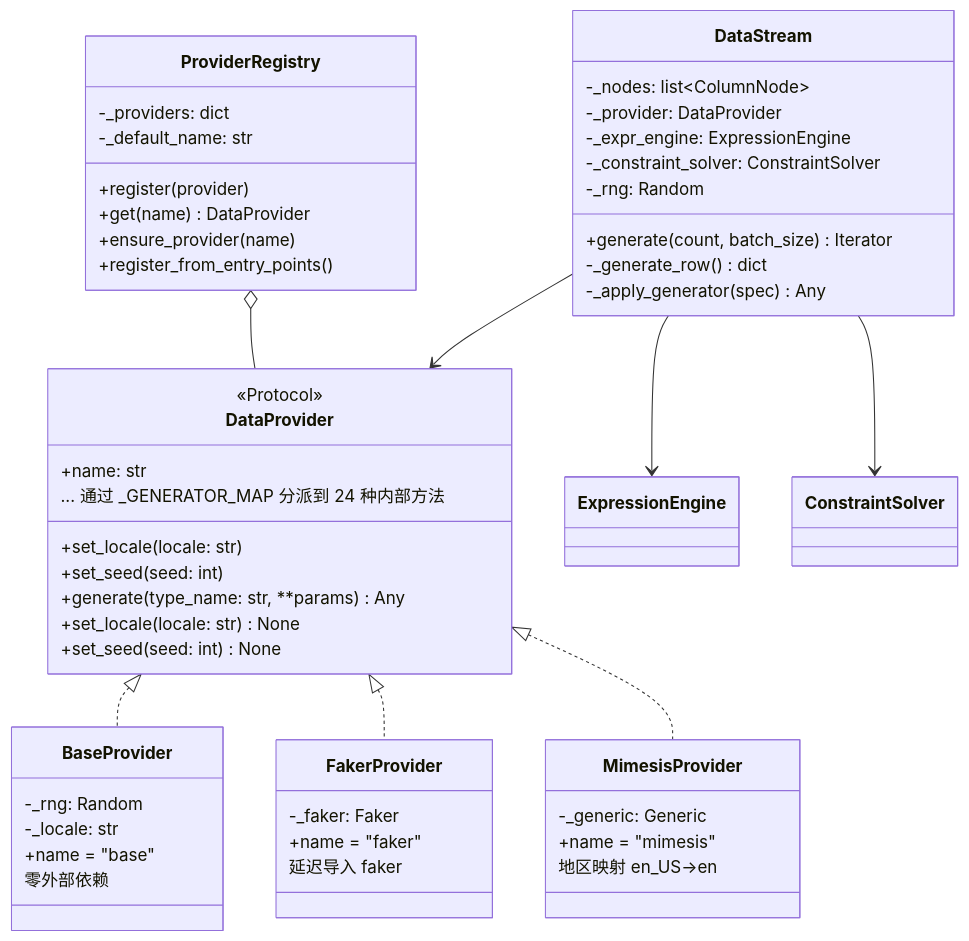
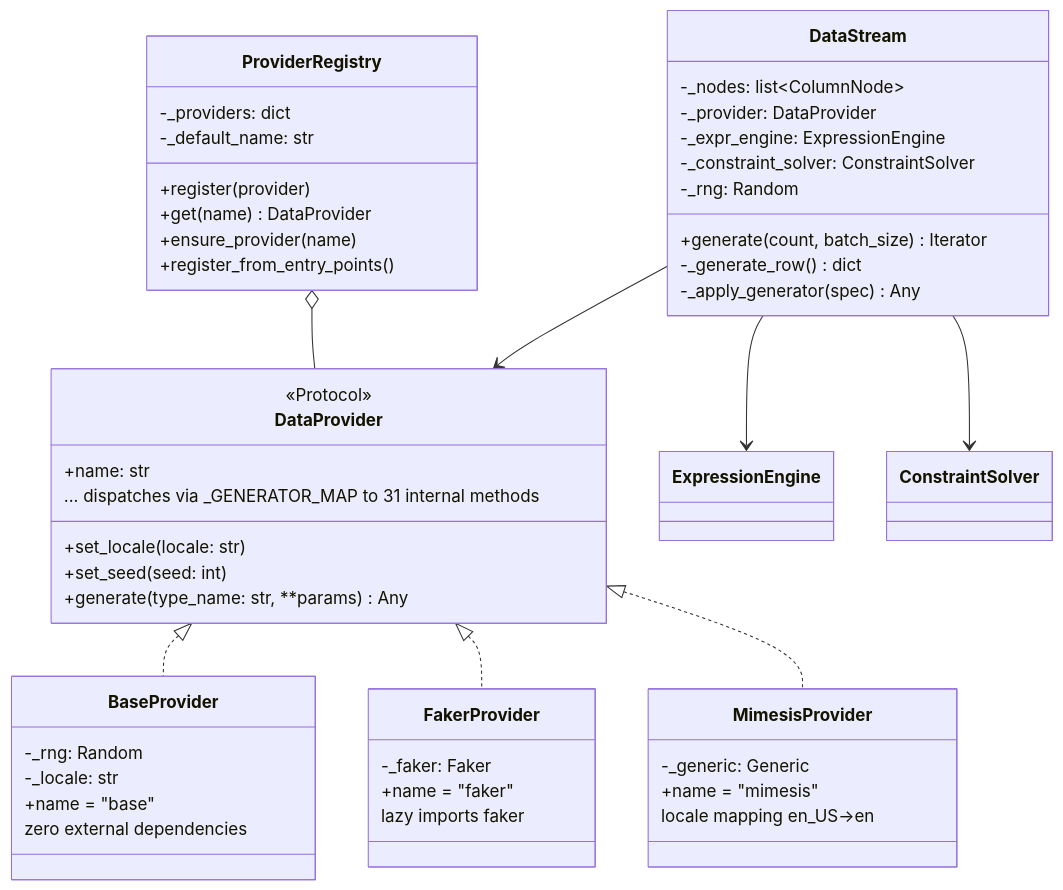
The fourth of 10 diagrams in docs/architecture.md (sunbos/sqlseed), drawn with Mermaid before and after one commit. The commit also changed other lines of this file and 23 other files, not shown here.

````diff
--- a/docs/architecture.md
+++ b/docs/architecture.md
@@ -241,60 +248,58 @@
 ```mermaid
 classDiagram
     class DataProvider {
         <<Protocol>>
         +name: str
         +set_locale(locale: str)
         +set_seed(seed: int)
         +generate(type_name: str, **params) Any
-        +set_locale(locale: str) None
-        +set_seed(seed: int) None
-        ... 通过 _GENERATOR_MAP 分派到 24 种内部方法
+        ... dispatches via _GENERATOR_MAP to 31 internal methods
     }
 
     class BaseProvider {
         -_rng: Random
         -_locale: str
         +name = "base"
-        零外部依赖
+        zero external dependencies
     }
 
     class FakerProvider {
         -_faker: Faker
         +name = "faker"
-        延迟导入 faker
+        lazy imports faker
     }
 
     class MimesisProvider {
         -_generic: Generic
         +name = "mimesis"
-        地区映射 en_US→en
+        locale mapping en_US→en
     }
 
     class ProviderRegistry {
         -_providers: dict
         -_default_name: str
         +register(provider)
         +get(name) DataProvider
         +ensure_provider(name)
         +register_from_entry_points()
     }
 
     class DataStream {
         -_nodes: list~ColumnNode~
         -_provider: DataProvider
         -_expr_engine: ExpressionEngine
         -_constraint_solver: ConstraintSolver
         -_rng: Random
         +generate(count, batch_size) Iterator
         -_generate_row() dict
         -_apply_generator(spec) Any
     }
 
     DataProvider <|.. BaseProvider
     DataProvider <|.. FakerProvider
     DataProvider <|.. MimesisProvider
     ProviderRegistry o-- DataProvider
     DataStream --> DataProvider
     DataStream --> ExpressionEngine
     DataStream --> ConstraintSolver
 ```
````
